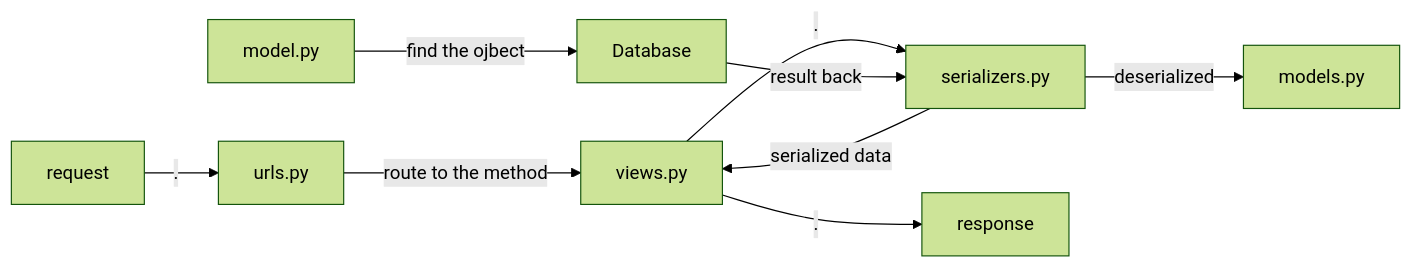
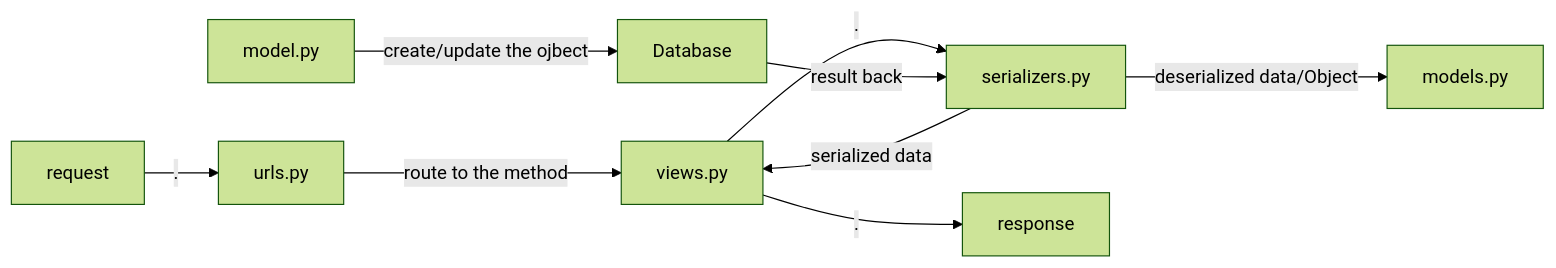
One commit to LooDaHu/ARORA_General_-Introduction changed the third of 5 diagrams in Welcome file.md. Above: the diagram before and after it, drawn with Mermaid (forest theme). The commit also changed other lines of this file, not shown here.

Commit message:
Welcome file.md updated from https://stackedit.io/

````diff
--- a/Welcome file.md
+++ b/Welcome file.md
@@ -171,11 +171,11 @@
 ```mermaid
 graph LR
 request -- . --> urls.py
 urls.py -- route to the method --> views.py
 views.py -- . --> serializers.py
-serializers.py -- deserialized --> models.py
-model.py -- find the ojbect --> Database
+serializers.py -- deserialized data/Object --> models.py
+model.py -- create/update the ojbect --> Database
 Database -- result back --> serializers.py
 serializers.py -- serialized data --> views.py
 views.py --. --> response
 ```
````
